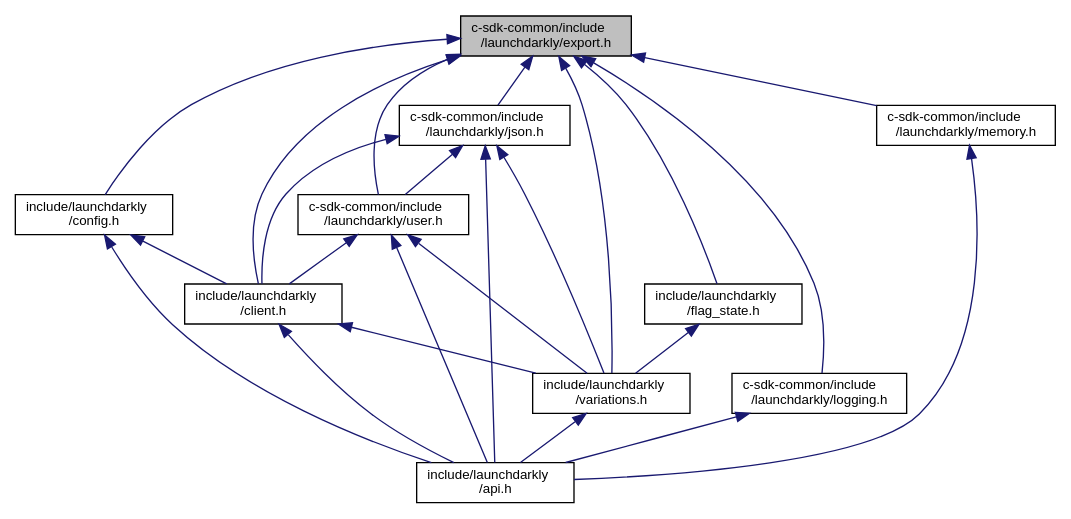
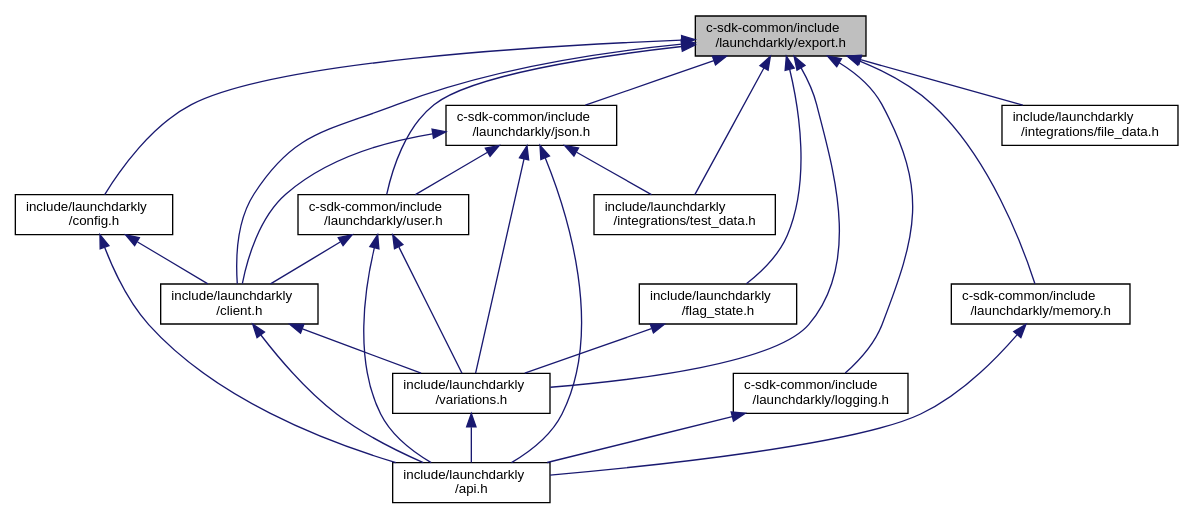
The diagram in export_8h__dep__incl.dot (launchdarkly/c-server-sdk), drawn with Graphviz before and after one commit. The commit also changed 86 other files, not shown here.

```diff
--- a/export_8h__dep__incl.dot
+++ b/export_8h__dep__incl.dot
@@ -1,38 +1,43 @@
 digraph "c-sdk-common/include/launchdarkly/export.h"
 {
   edge [fontname="Helvetica",fontsize="10",labelfontname="Helvetica",labelfontsize="10"];
   node [fontname="Helvetica",fontsize="10",shape=record];
   Node1 [label="c-sdk-common/include\l/launchdarkly/export.h",height=0.2,width=0.4,color="black", fillcolor="grey75", style="filled", fontcolor="black"];
   Node1 -> Node2 [dir="back",color="midnightblue",fontsize="10",style="solid",fontname="Helvetica"];
   Node2 [label="include/launchdarkly\l/config.h",height=0.2,width=0.4,color="black", fillcolor="white", style="filled",URL="$config_8h.html",tooltip="Public API for Configuration. "];
   Node2 -> Node3 [dir="back",color="midnightblue",fontsize="10",style="solid",fontname="Helvetica"];
   Node3 [label="include/launchdarkly\l/client.h",height=0.2,width=0.4,color="black", fillcolor="white", style="filled",URL="$client_8h.html",tooltip="Public API for Client operations. "];
   Node3 -> Node4 [dir="back",color="midnightblue",fontsize="10",style="solid",fontname="Helvetica"];
   Node4 [label="include/launchdarkly\l/api.h",height=0.2,width=0.4,color="black", fillcolor="white", style="filled",URL="$api_8h.html",tooltip="Public API. Include this for every public operation. "];
   Node3 -> Node5 [dir="back",color="midnightblue",fontsize="10",style="solid",fontname="Helvetica"];
   Node5 [label="include/launchdarkly\l/variations.h",height=0.2,width=0.4,color="black", fillcolor="white", style="filled",URL="$variations_8h.html",tooltip="Public API for evaluation variations. "];
   Node5 -> Node4 [dir="back",color="midnightblue",fontsize="10",style="solid",fontname="Helvetica"];
   Node2 -> Node4 [dir="back",color="midnightblue",fontsize="10",style="solid",fontname="Helvetica"];
   Node1 -> Node3 [dir="back",color="midnightblue",fontsize="10",style="solid",fontname="Helvetica"];
   Node1 -> Node6 [dir="back",color="midnightblue",fontsize="10",style="solid",fontname="Helvetica"];
   Node6 [label="c-sdk-common/include\l/launchdarkly/json.h",height=0.2,width=0.4,color="black", fillcolor="white", style="filled",URL="$json_8h.html",tooltip="Public API for JSON usage. "];
   Node6 -> Node3 [dir="back",color="midnightblue",fontsize="10",style="solid",fontname="Helvetica"];
   Node6 -> Node7 [dir="back",color="midnightblue",fontsize="10",style="solid",fontname="Helvetica"];
   Node7 [label="c-sdk-common/include\l/launchdarkly/user.h",height=0.2,width=0.4,color="black", fillcolor="white", style="filled",URL="$user_8h.html",tooltip="Public API for User construction. "];
   Node7 -> Node3 [dir="back",color="midnightblue",fontsize="10",style="solid",fontname="Helvetica"];
   Node7 -> Node4 [dir="back",color="midnightblue",fontsize="10",style="solid",fontname="Helvetica"];
   Node7 -> Node5 [dir="back",color="midnightblue",fontsize="10",style="solid",fontname="Helvetica"];
   Node6 -> Node4 [dir="back",color="midnightblue",fontsize="10",style="solid",fontname="Helvetica"];
   Node6 -> Node5 [dir="back",color="midnightblue",fontsize="10",style="solid",fontname="Helvetica"];
+  Node6 -> Node8 [dir="back",color="midnightblue",fontsize="10",style="solid",fontname="Helvetica"];
+  Node8 [label="include/launchdarkly\l/integrations/test_data.h",height=0.2,width=0.4,color="black", fillcolor="white", style="filled",URL="$test__data_8h.html",tooltip="Public API for LDTestData. "];
   Node1 -> Node7 [dir="back",color="midnightblue",fontsize="10",style="solid",fontname="Helvetica"];
+  Node1 -> Node9 [dir="back",color="midnightblue",fontsize="10",style="solid",fontname="Helvetica"];
+  Node9 [label="c-sdk-common/include\l/launchdarkly/logging.h",height=0.2,width=0.4,color="black", fillcolor="white", style="filled",URL="$logging_8h.html",tooltip="Public API for Logging. "];
+  Node9 -> Node4 [dir="back",color="midnightblue",fontsize="10",style="solid",fontname="Helvetica"];
+  Node1 -> Node10 [dir="back",color="midnightblue",fontsize="10",style="solid",fontname="Helvetica"];
+  Node10 [label="c-sdk-common/include\l/launchdarkly/memory.h",height=0.2,width=0.4,color="black", fillcolor="white", style="filled",URL="$memory_8h.html",tooltip="Public API. Operations for managing memory. "];
+  Node10 -> Node4 [dir="back",color="midnightblue",fontsize="10",style="solid",fontname="Helvetica"];
+  Node1 -> Node5 [dir="back",color="midnightblue",fontsize="10",style="solid",fontname="Helvetica"];
+  Node1 -> Node11 [dir="back",color="midnightblue",fontsize="10",style="solid",fontname="Helvetica"];
+  Node11 [label="include/launchdarkly\l/flag_state.h",height=0.2,width=0.4,color="black", fillcolor="white", style="filled",URL="$flag__state_8h.html",tooltip="Public API associated with LDAllFlagsState. "];
+  Node11 -> Node5 [dir="back",color="midnightblue",fontsize="10",style="solid",fontname="Helvetica"];
+  Node1 -> Node12 [dir="back",color="midnightblue",fontsize="10",style="solid",fontname="Helvetica"];
+  Node12 [label="include/launchdarkly\l/integrations/file_data.h",height=0.2,width=0.4,color="black", fillcolor="white", style="filled",URL="$file__data_8h.html",tooltip="Public API for file data source. "];
   Node1 -> Node8 [dir="back",color="midnightblue",fontsize="10",style="solid",fontname="Helvetica"];
-  Node8 [label="c-sdk-common/include\l/launchdarkly/logging.h",height=0.2,width=0.4,color="black", fillcolor="white", style="filled",URL="$logging_8h.html",tooltip="Public API for Logging. "];
-  Node8 -> Node4 [dir="back",color="midnightblue",fontsize="10",style="solid",fontname="Helvetica"];
-  Node1 -> Node9 [dir="back",color="midnightblue",fontsize="10",style="solid",fontname="Helvetica"];
-  Node9 [label="c-sdk-common/include\l/launchdarkly/memory.h",height=0.2,width=0.4,color="black", fillcolor="white", style="filled",URL="$memory_8h.html",tooltip="Public API. Operations for managing memory. "];
-  Node9 -> Node4 [dir="back",color="midnightblue",fontsize="10",style="solid",fontname="Helvetica"];
-  Node1 -> Node5 [dir="back",color="midnightblue",fontsize="10",style="solid",fontname="Helvetica"];
-  Node1 -> Node10 [dir="back",color="midnightblue",fontsize="10",style="solid",fontname="Helvetica"];
-  Node10 [label="include/launchdarkly\l/flag_state.h",height=0.2,width=0.4,color="black", fillcolor="white", style="filled",URL="$flag__state_8h.html",tooltip="Public API associated with LDAllFlagsState. "];
-  Node10 -> Node5 [dir="back",color="midnightblue",fontsize="10",style="solid",fontname="Helvetica"];
 }
```
